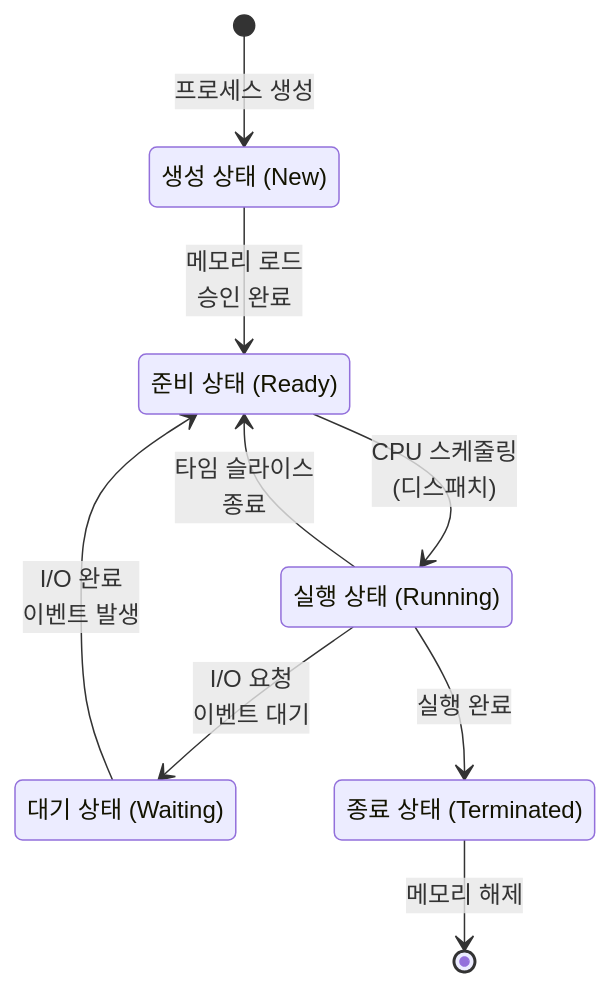
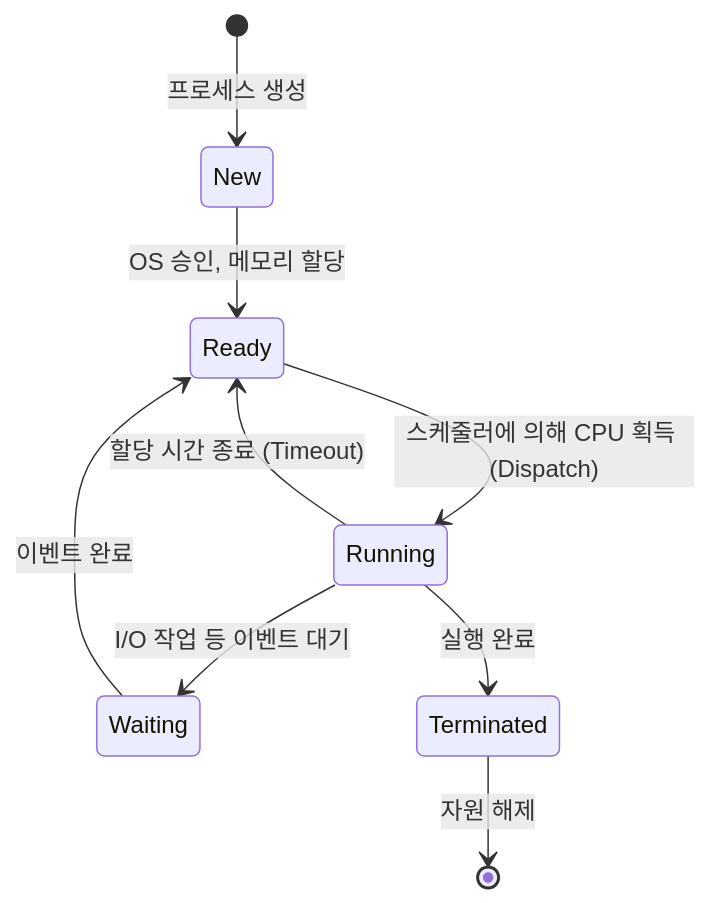
The second of 2 diagrams in Chapter I. 기반지식 학습/1. 기초 CS 이론/3. 운영체제 핵심 구성요소/1. 프로세스.md (hanaoverride/data-scientist-cookbook-for-korean), drawn with Mermaid before and after one commit. The commit also changed other lines of this file and 132 other files, not shown here.

````diff
--- a/Chapter I. 기반지식 학습/1. 기초 CS 이론/3. 운영체제 핵심 구성요소/1. 프로세스.md
+++ b/Chapter I. 기반지식 학습/1. 기초 CS 이론/3. 운영체제 핵심 구성요소/1. 프로세스.md
@@ -146,17 +61,11 @@
 ```mermaid
 stateDiagram-v2
-    [*] --> 생성: 프로세스 생성
-    생성 --> 준비: 메모리 로드<br>승인 완료
-    준비 --> 실행: CPU 스케줄링<br>(디스패치)
-    실행 --> 준비: 타임 슬라이스<br>종료
-    실행 --> 대기: I/O 요청<br>이벤트 대기
-    대기 --> 준비: I/O 완료<br>이벤트 발생
-    실행 --> 종료: 실행 완료
-    종료 --> [*]: 메모리 해제
-    
-    생성: 생성 상태 (New)
-    준비: 준비 상태 (Ready)
-    실행: 실행 상태 (Running)
-    대기: 대기 상태 (Waiting)
-    종료: 종료 상태 (Terminated)
+    [*] --> New: 프로세스 생성
+    New --> Ready: OS 승인, 메모리 할당
+    Ready --> Running: 스케줄러에 의해 CPU 획득 (Dispatch)
+    Running --> Ready: 할당 시간 종료 (Timeout)
+    Running --> Waiting: I/O 작업 등 이벤트 대기
+    Waiting --> Ready: 이벤트 완료
+    Running --> Terminated: 실행 완료
+    Terminated --> [*]: 자원 해제
 ```
````
